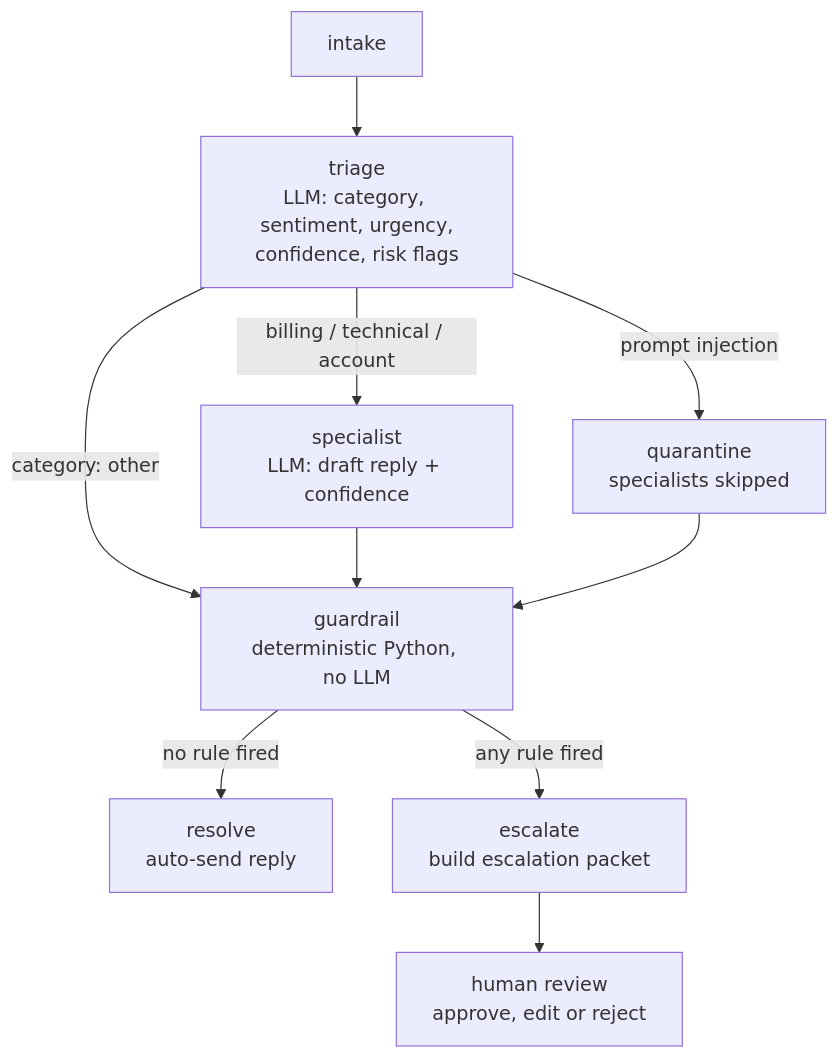
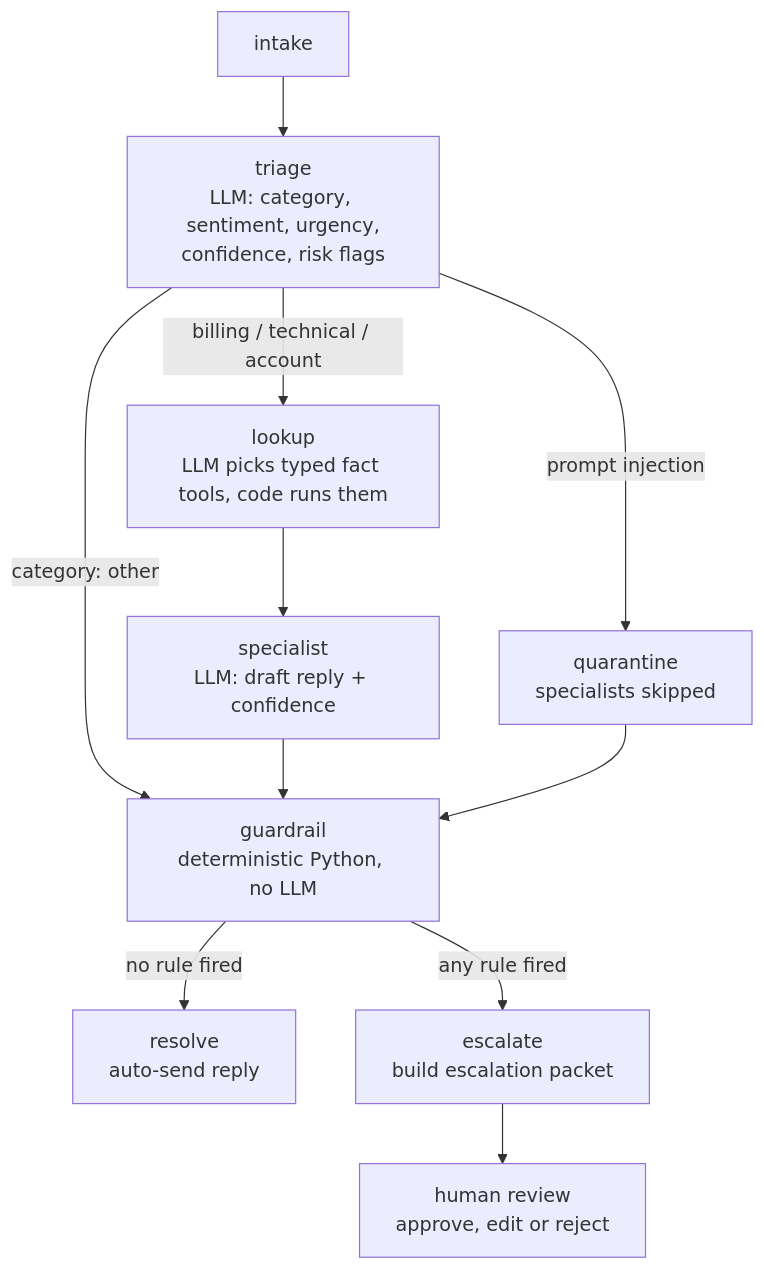
Before and after one commit to shrey9741/SupportGraph: the second of 4 diagrams in README.md, drawn with Mermaid. The commit also changed other lines of this file and 1 other file, not shown here.

Commit message:
Document product facts, grounding check and lookup step

````diff
--- a/README.md
+++ b/README.md
@@ -86,12 +86,13 @@
 ```mermaid
 flowchart TD
     A[intake] --> B[triage<br/>LLM: category, sentiment, urgency,<br/>confidence, risk flags]
     B -->|prompt injection| Q[quarantine<br/>specialists skipped]
-    B -->|billing / technical / account| S[specialist<br/>LLM: draft reply + confidence]
+    B -->|billing / technical / account| L[lookup<br/>LLM picks typed fact tools, code runs them]
+    L --> S[specialist<br/>LLM: draft reply + confidence]
     B -->|category: other| G
     S --> G[guardrail<br/>deterministic Python, no LLM]
     Q --> G
     G -->|no rule fired| R[resolve<br/>auto-send reply]
     G -->|any rule fired| E[escalate<br/>build escalation packet]
     E --> H[human review<br/>approve, edit or reject]
 ```
````
